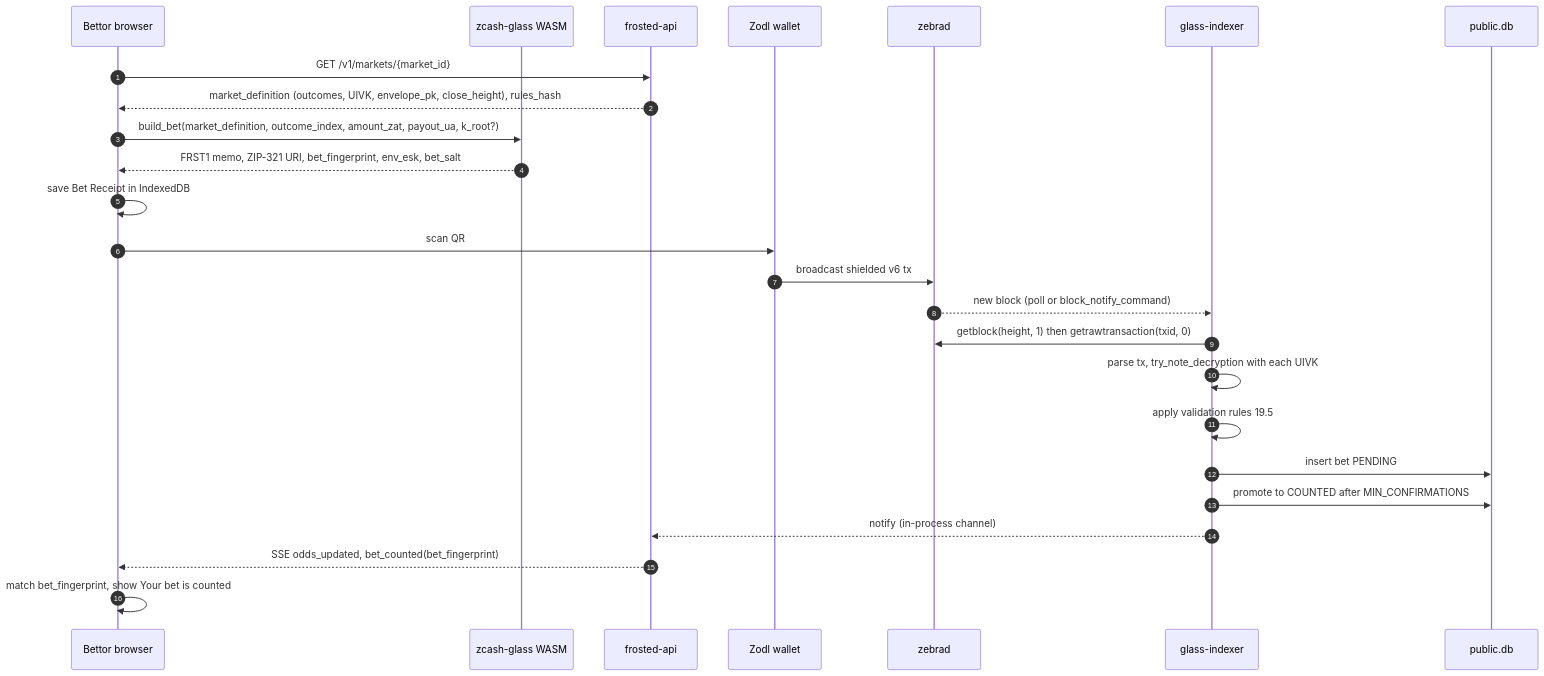
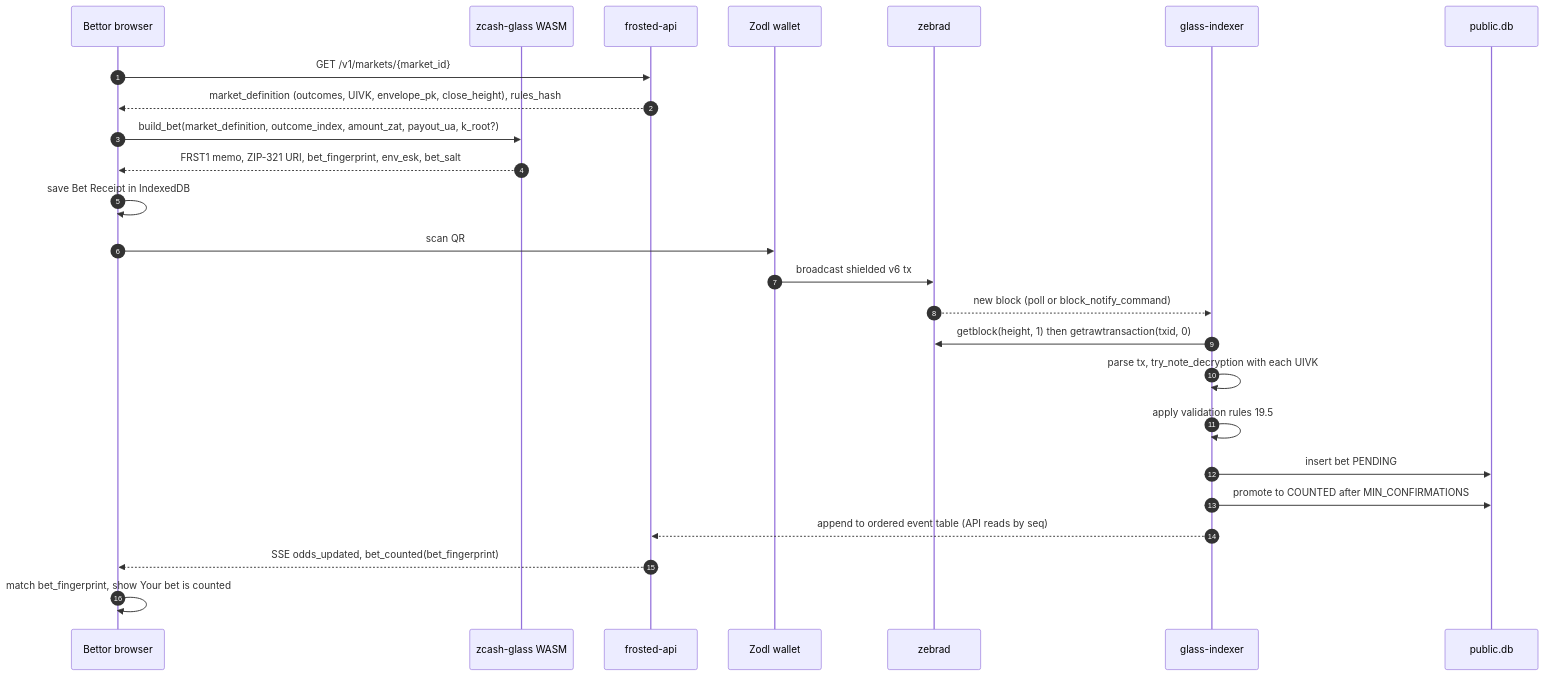
Before and after one commit to jonathanmaul/frosted: the tenth of 19 diagrams in docs/PROJECT_SPEC_FROSTED.md, drawn with Mermaid. The commit also changed other lines of this file and 2 other files, not shown here.

````diff
--- a/docs/PROJECT_SPEC_FROSTED.md
+++ b/docs/PROJECT_SPEC_FROSTED.md
@@ -1087,28 +1087,28 @@
 ```mermaid
 sequenceDiagram
     autonumber
     participant U as Bettor browser
     participant WASM as zcash-glass WASM
     participant API as frosted-api
     participant ZW as Zodl wallet
     participant Z as zebrad
     participant IDX as glass-indexer
     participant DB as public.db
 
     U->>API: GET /v1/markets/{market_id}
     API-->>U: market_definition (outcomes, UIVK, envelope_pk, close_height), rules_hash
     U->>WASM: build_bet(market_definition, outcome_index, amount_zat, payout_ua, k_root?)
     WASM-->>U: FRST1 memo, ZIP-321 URI, bet_fingerprint, env_esk, bet_salt
     U->>U: save Bet Receipt in IndexedDB
     U->>ZW: scan QR
     ZW->>Z: broadcast shielded v6 tx
     Z-->>IDX: new block (poll or block_notify_command)
     IDX->>Z: getblock(height, 1) then getrawtransaction(txid, 0)
     IDX->>IDX: parse tx, try_note_decryption with each UIVK
     IDX->>IDX: apply validation rules 19.5
     IDX->>DB: insert bet PENDING
     IDX->>DB: promote to COUNTED after MIN_CONFIRMATIONS
-    IDX-->>API: notify (in-process channel)
+    IDX-->>API: append to ordered event table (API reads by seq)
     API-->>U: SSE odds_updated, bet_counted(bet_fingerprint)
     U->>U: match bet_fingerprint, show Your bet is counted
 ```
````
